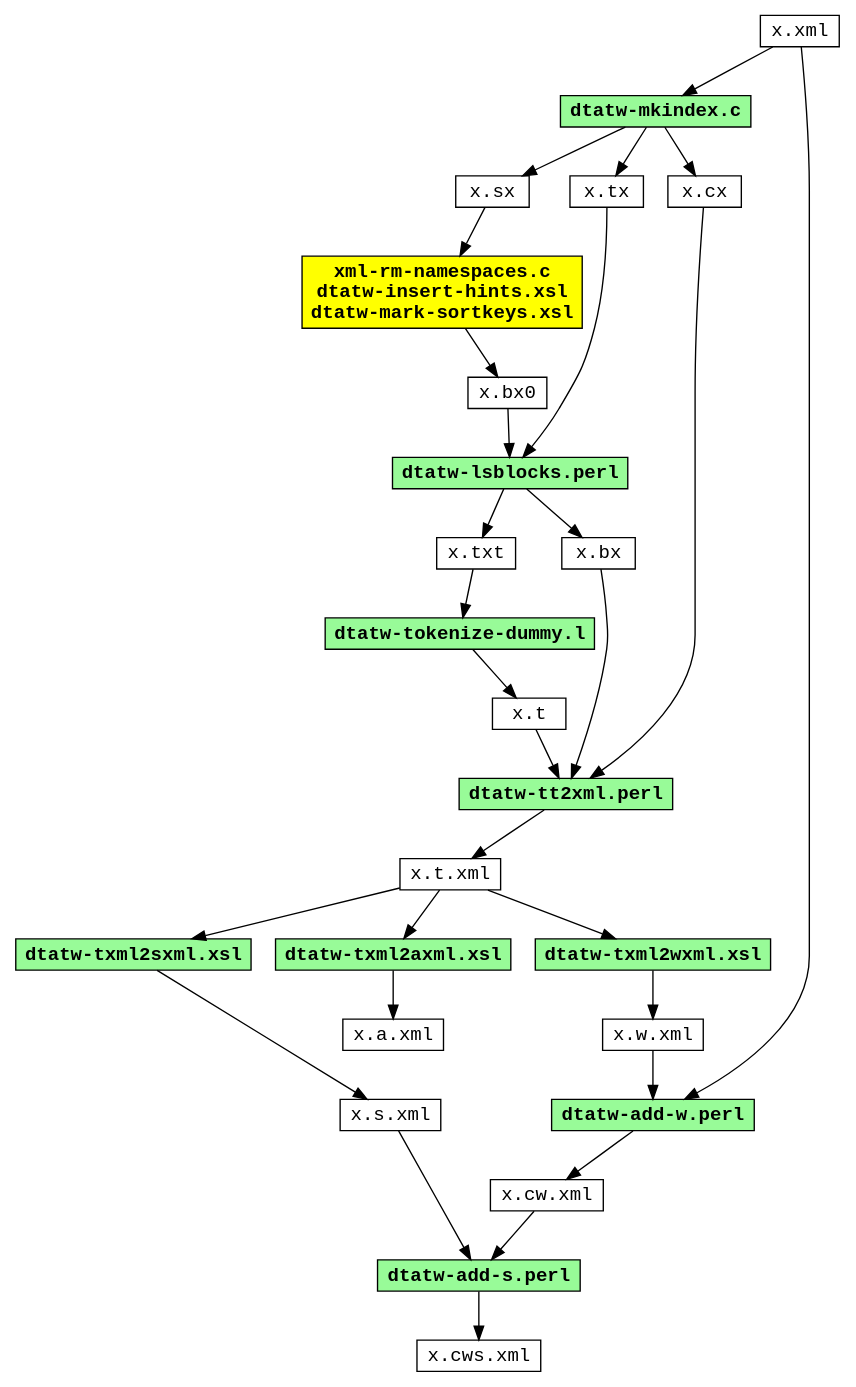
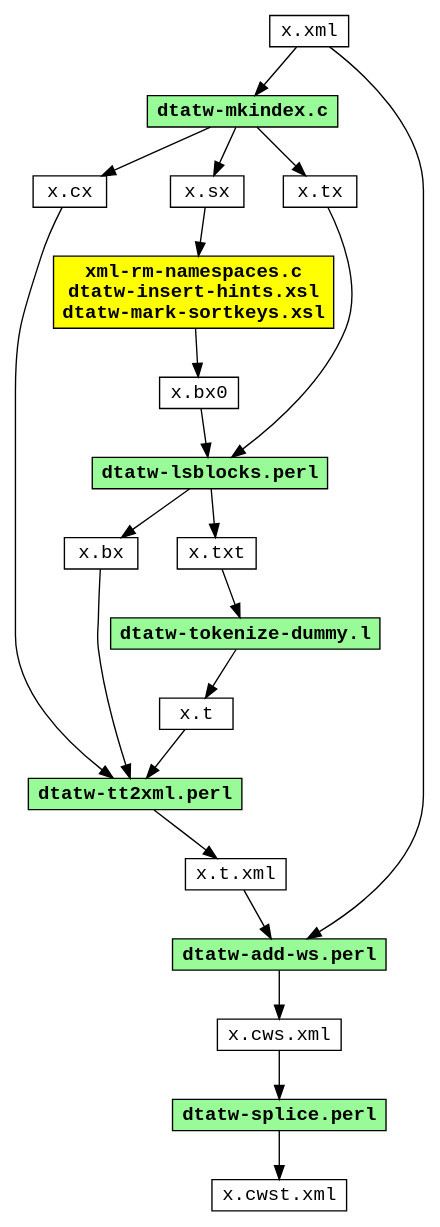
The diagram in doc/dot/dataflow-scripts.dot (moocow-the-bovine/dta-tokwrap), drawn with Graphviz before and after one commit. The commit also changed 20 other files, not shown here.

```diff
--- a/doc/dot/dataflow-scripts.dot
+++ b/doc/dot/dataflow-scripts.dot
@@ -1,75 +1,76 @@
 /* -*- Mode: C -*- */
 digraph dataflow {
   node [shape=rectangle,height=0.25,fontname="Courier"];
   edge [decorate=0,fontname="Courier"];
 
   xml [label="x.xml"];
 
   mkindex [label="dtatw-mkindex.c",shape=rectangle,style=filled,fillcolor=PaleGreen,fontname="Courier-Bold"];
   xml -> mkindex;
 
   cx [label="x.cx"];
   sx [label="x.sx"];
   tx [label="x.tx"];
   mkindex -> cx;
   mkindex -> sx;
   mkindex -> tx;
   {rank=same; cx sx tx}
 
   bx0 [label="x.bx0"];
   mkbx0 [label="xml-rm-namespaces.c\ndtatw-insert-hints.xsl\ndtatw-mark-sortkeys.xsl",shape=rectangle,style=filled,fillcolor=yellow,fontname="Courier-Bold"];
   sx -> mkbx0;
   mkbx0 -> bx0;
 
   bx [label="x.bx"];
   txt [label="x.txt"];
   lsblocks [label="dtatw-lsblocks.perl",shape=rectangle,style=filled,fillcolor=PaleGreen,fontname="Courier-Bold"];
   bx0 -> lsblocks;
   tx  -> lsblocks;
   lsblocks -> bx;
   lsblocks -> txt;
   {rank=same; bx txt}
 
   t [label="x.t"];
   tokenize [label="dtatw-tokenize-dummy.l",shape=rectangle,style=filled,fillcolor=PaleGreen,fontname="Courier-Bold"];
   txt -> tokenize;
   tokenize -> t;
 
   t_xml [label="x.t.xml"];
   t2xml [label="dtatw-tt2xml.perl",shape=rectangle,style=filled,fillcolor=PaleGreen,fontname="Courier-Bold"];
   t -> t2xml;
   bx -> t2xml;
   cx -> t2xml;
   t2xml -> t_xml;
 
+  /*
   w_xml [label="x.w.xml"];
   txml2wxml [label="dtatw-txml2wxml.xsl",shape=rectangle,style=filled,fillcolor=PaleGreen,fontname="Courier-Bold"];
   t_xml -> txml2wxml;
   txml2wxml -> w_xml;
   //w_xml -> xml [label="xml:base",style=dotted];
 
   s_xml [label="x.s.xml"];
   txml2sxml [label="dtatw-txml2sxml.xsl",shape=rectangle,style=filled,fillcolor=PaleGreen,fontname="Courier-Bold"];
   t_xml -> txml2sxml;
   txml2sxml -> s_xml;
   //s_xml -> w_xml [label="xml:base",style=dotted];
 
   a_xml [label="x.a.xml"];
   txml2axml [label="dtatw-txml2axml.xsl",shape=rectangle,style=filled,fillcolor=PaleGreen,fontname="Courier-Bold"];
   t_xml -> txml2axml;
   txml2axml -> a_xml;
   //a_xml -> w_xml [label="xml:base",style=dotted];
+  */
 
   //-- splicing
-  add_w  [label="dtatw-add-w.perl",shape=rectangle,style=filled,fillcolor=PaleGreen,fontname="Courier-Bold"];
-  w_xml -> add_w;
-  xml   -> add_w;
-  add_w -> cw_xml;
-  cw_xml [label="x.cw.xml"];
+  add_ws  [label="dtatw-add-ws.perl",shape=rectangle,style=filled,fillcolor=PaleGreen,fontname="Courier-Bold"];
+  t_xml -> add_ws;
+  xml   -> add_ws;
+  add_ws -> cws_xml;
+  cws_xml [label="x.cws.xml"];
 
-  add_s [label="dtatw-add-s.perl",shape=rectangle,style=filled,fillcolor=PaleGreen,fontname="Courier-Bold"];
-  s_xml  -> add_s;
-  cw_xml -> add_s;
-  add_s -> cws_xml;
-  cws_xml [label="x.cws.xml"];
+  splice [label="dtatw-splice.perl",shape=rectangle,style=filled,fillcolor=PaleGreen,fontname="Courier-Bold"];
+  cws_xml -> splice;
+  splice -> cwst_xml;
+  cwst_xml [label="x.cwst.xml"];
 }
```
